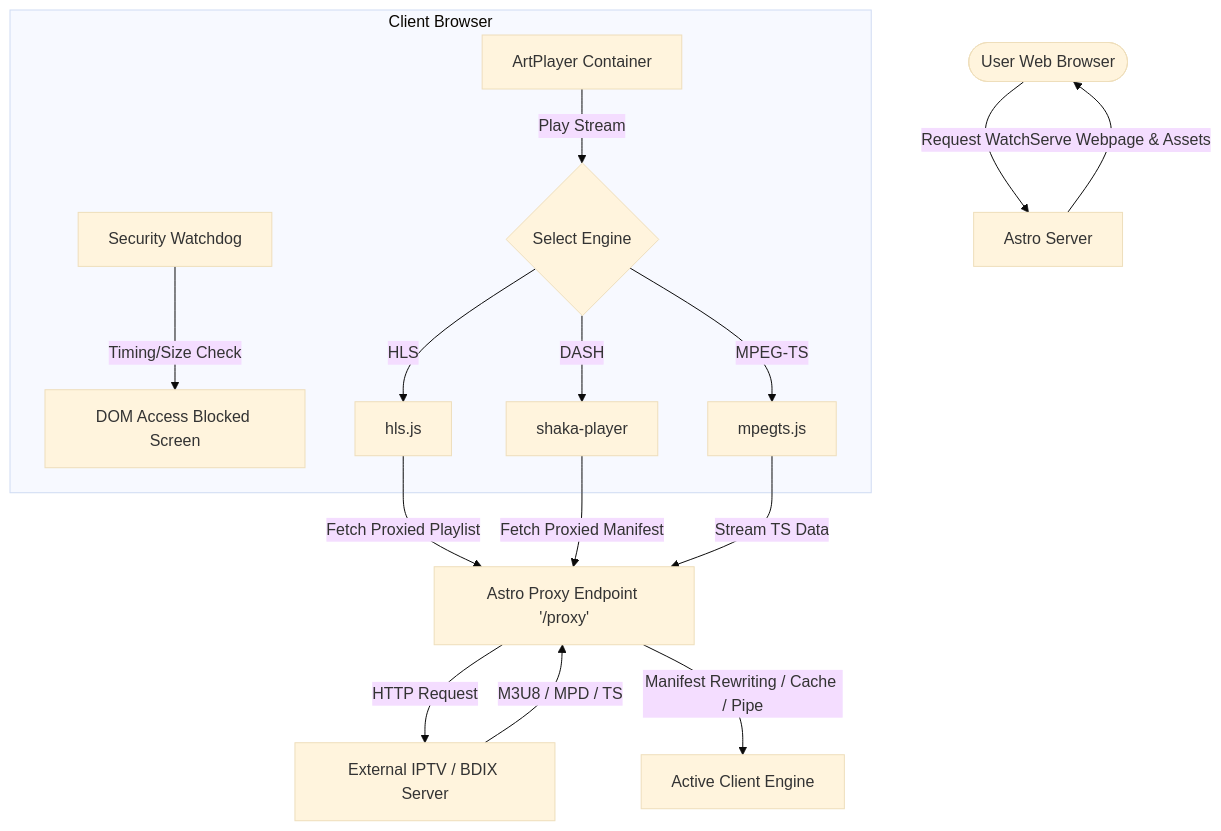
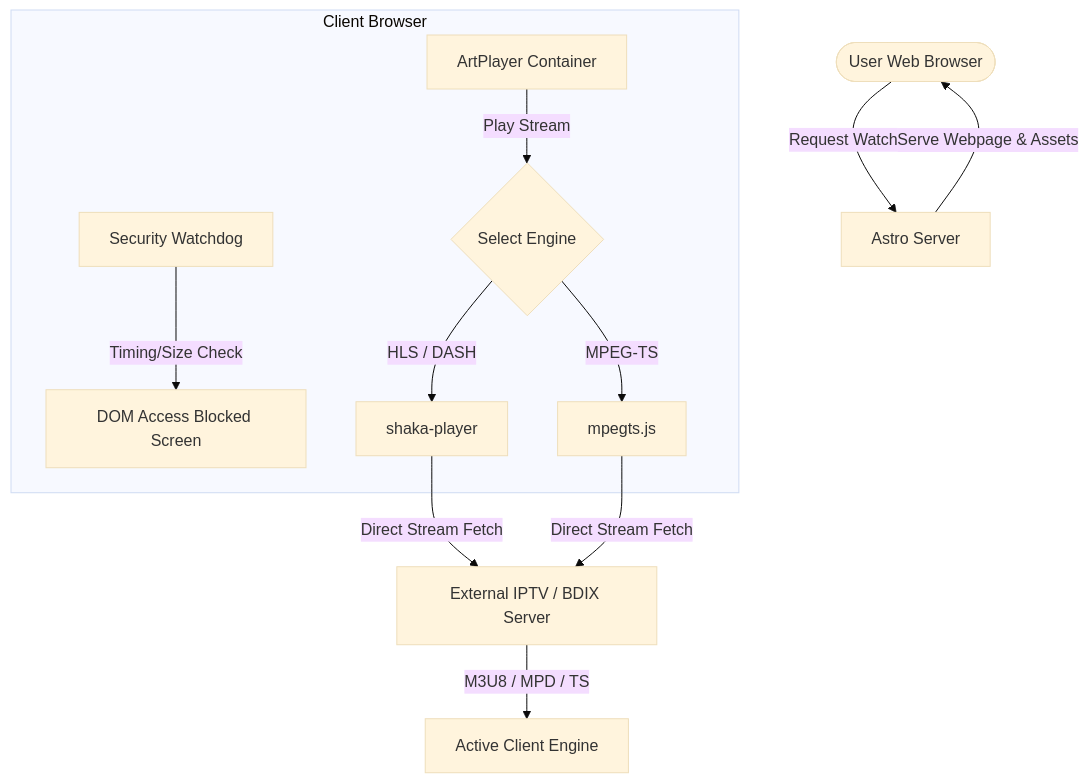
Before and after one commit to sheikhshariarnehal/Live-Tv-Chanel: the diagram in PRD.md, drawn with Mermaid (base theme). The commit also changed other lines of this file and 32 other files, not shown here.

````diff
--- a/PRD.md
+++ b/PRD.md
@@ -68,26 +67,21 @@
 ```mermaid
 graph TD
     User([User Web Browser]) -->|Request Watch| Astro[Astro Server]
     Astro -->|Serve Webpage & Assets| User
     
     subgraph Client Browser
         Art[ArtPlayer Container]
         Sec[Security Watchdog]
         
         Sec -->|Timing/Size Check| Block[DOM Access Blocked Screen]
         Art -->|Play Stream| EngineChooser{Select Engine}
         
-        EngineChooser -->|HLS| HlsEngine[hls.js]
-        EngineChooser -->|DASH| ShakaEngine[shaka-player]
+        EngineChooser -->|HLS / DASH| ShakaEngine[shaka-player]
         EngineChooser -->|MPEG-TS| TsEngine[mpegts.js]
     end
     
-    HlsEngine -->|Fetch Proxied Playlist| ProxyApi[Astro Proxy Endpoint '/proxy']
-    ShakaEngine -->|Fetch Proxied Manifest| ProxyApi
-    TsEngine -->|Stream TS Data| ProxyApi
+    ShakaEngine -->|Direct Stream Fetch| StreamProvider[External IPTV / BDIX Server]
+    TsEngine -->|Direct Stream Fetch| StreamProvider
     
-    ProxyApi -->|HTTP Request| StreamProvider[External IPTV / BDIX Server]
-    StreamProvider -->|M3U8 / MPD / TS| ProxyApi
-    
-    ProxyApi -->|Manifest Rewriting / Cache / Pipe| ClientEngine[Active Client Engine]
+    StreamProvider -->|M3U8 / MPD / TS| ClientEngine[Active Client Engine]
 ```
````
